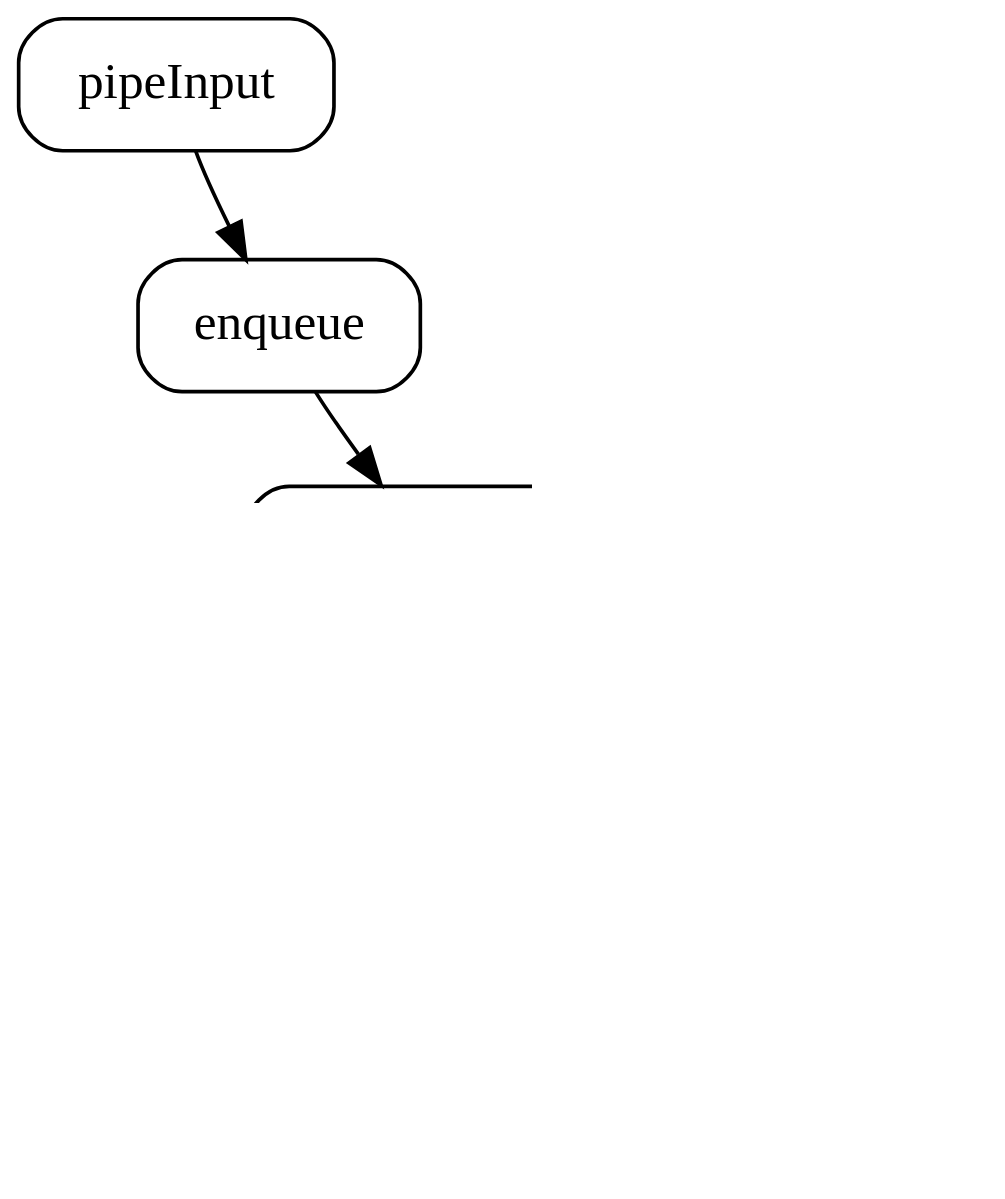
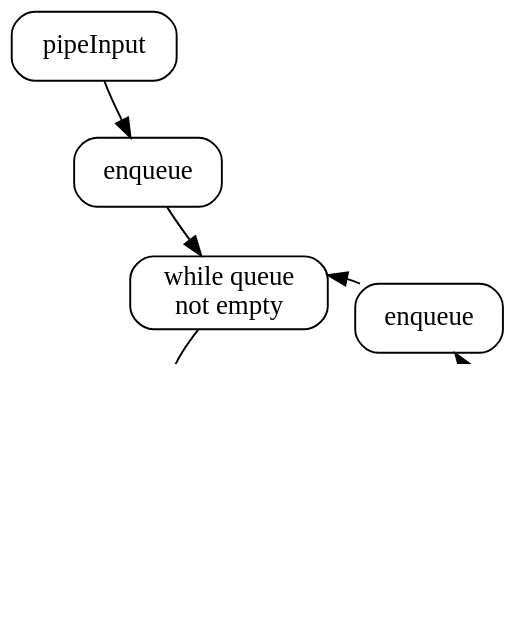
Before and after one commit to inponomarev/kstreams-testing-pitfalls: diagram 20 of 33 in slides/src/main/asciidoc/lecture.adoc, drawn with Graphviz. The commit also changed other lines of this file, not shown here.

Commit message:
diagram size tweaks

```diff
--- a/slides/src/main/asciidoc/lecture.adoc
+++ b/slides/src/main/asciidoc/lecture.adoc
@@ -909,20 +909,20 @@
 [graphviz,"ttdloop.png"]
 ----
 digraph G {
-  graph [dpi = 180];
+  graph [dpi = 130];
   layout="neato";
   splines=curved;
   node[shape="box"; style="rounded"];
   edge[len=1.3]
   pipeInput[pos="-1,3!"];
   pipeInput -> enqueue[len=1];
   enqueue -> while[len=1];
   while -> dequeue;
   dequeue -> process;
   process -> forward;
   forward -> enqueue2;
   enqueue2 -> while;
   while[label="while queue\nnot empty"]
   enqueue2[label="enqueue"]
 }
 ----
```
